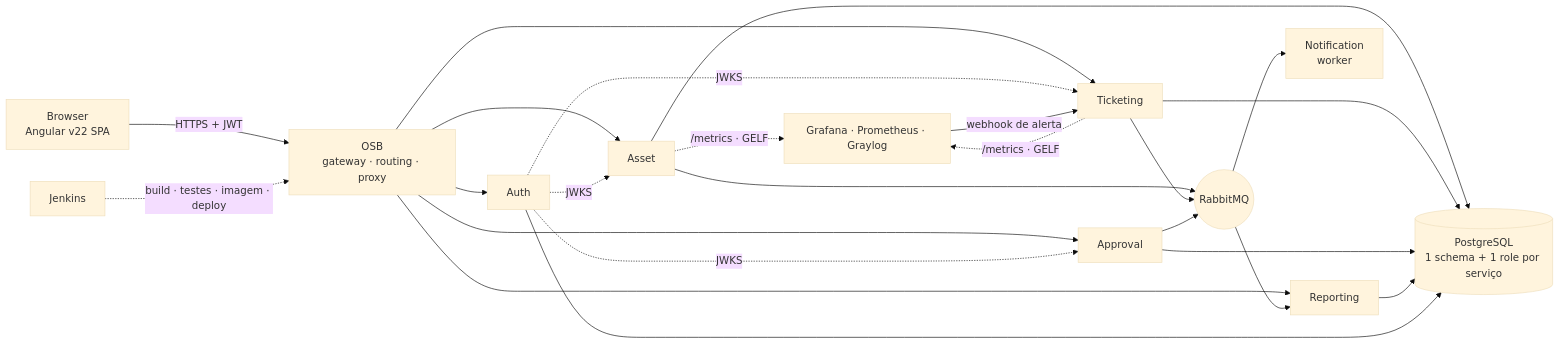
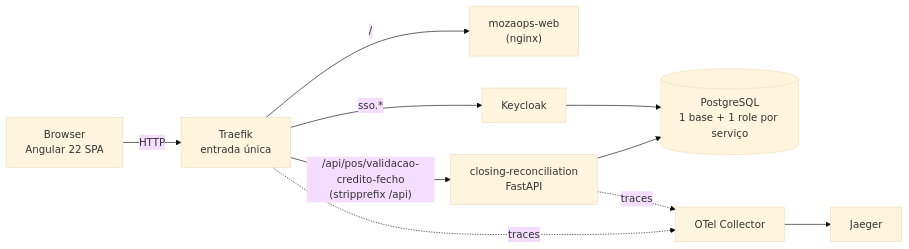
The diagram in ARCHITECTURE.md (DaltonChivambo/ops), drawn with Mermaid (base theme) before and after one commit. The commit also changed other lines of this file and 294 other files, not shown here.

````diff
--- a/ARCHITECTURE.md
+++ b/ARCHITECTURE.md
@@ -26,33 +18,15 @@
 ```mermaid
 flowchart LR
-    B["Browser<br/>Angular v22 SPA"] -- "HTTPS + JWT" --> OSB["OSB<br/>gateway · routing · proxy"]
+    B["Browser<br/>Angular 22 SPA"] -- "HTTP" --> TR["Traefik<br/>entrada única"]
 
-    OSB --> AUTH["Auth"]
-    OSB --> AST["Asset"]
-    OSB --> TCK["Ticketing"]
-    OSB --> APR["Approval"]
-    OSB --> REP["Reporting"]
+    TR -- "/" --> FE["mozaops-web<br/>(nginx)"]
+    TR -- "/api/pos/validacao-credito-fecho<br/>(stripprefix /api)" --> CR["closing-reconciliation<br/>FastAPI"]
+    TR -- "sso.*" --> KC["Keycloak"]
 
-    AUTH -. "JWKS" .-> AST
-    AUTH -. "JWKS" .-> TCK
-    AUTH -. "JWKS" .-> APR
+    CR --> PG[("PostgreSQL<br/>1 base + 1 role por serviço")]
+    KC --> PG
 
-    AST --> PG[("PostgreSQL<br/>1 schema + 1 role por serviço")]
-    TCK --> PG
-    APR --> PG
-    REP --> PG
-    AUTH --> PG
-
-    AST --> MQ(("RabbitMQ"))
-    TCK --> MQ
-    APR --> MQ
-    MQ --> NOT["Notification<br/>worker"]
-    MQ --> REP
-
-    OBS["Grafana · Prometheus · Graylog"]
-    AST -. "/metrics · GELF" .-> OBS
-    TCK -. "/metrics · GELF" .-> OBS
-    OBS -- "webhook de alerta" --> TCK
-
-    JEN["Jenkins"] -. "build · testes · imagem · deploy" .-> OSB
+    TR -. "traces" .-> OT["OTel Collector"]
+    CR -. "traces" .-> OT
+    OT --> JG["Jaeger"]
 ```
````
